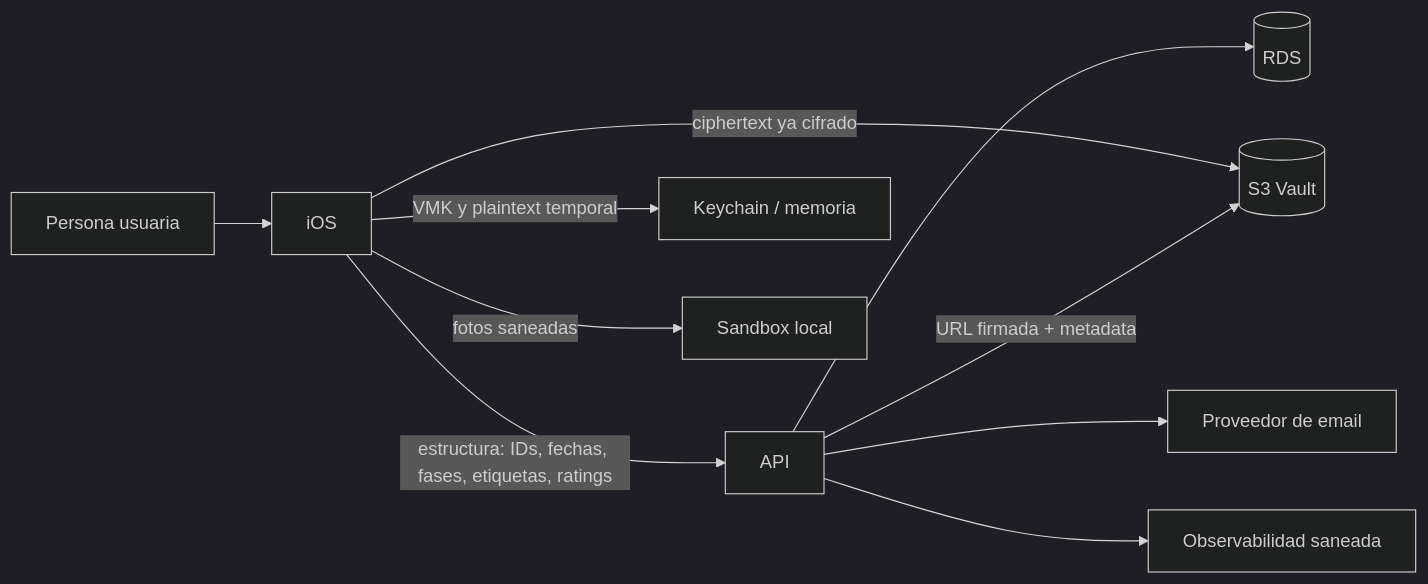
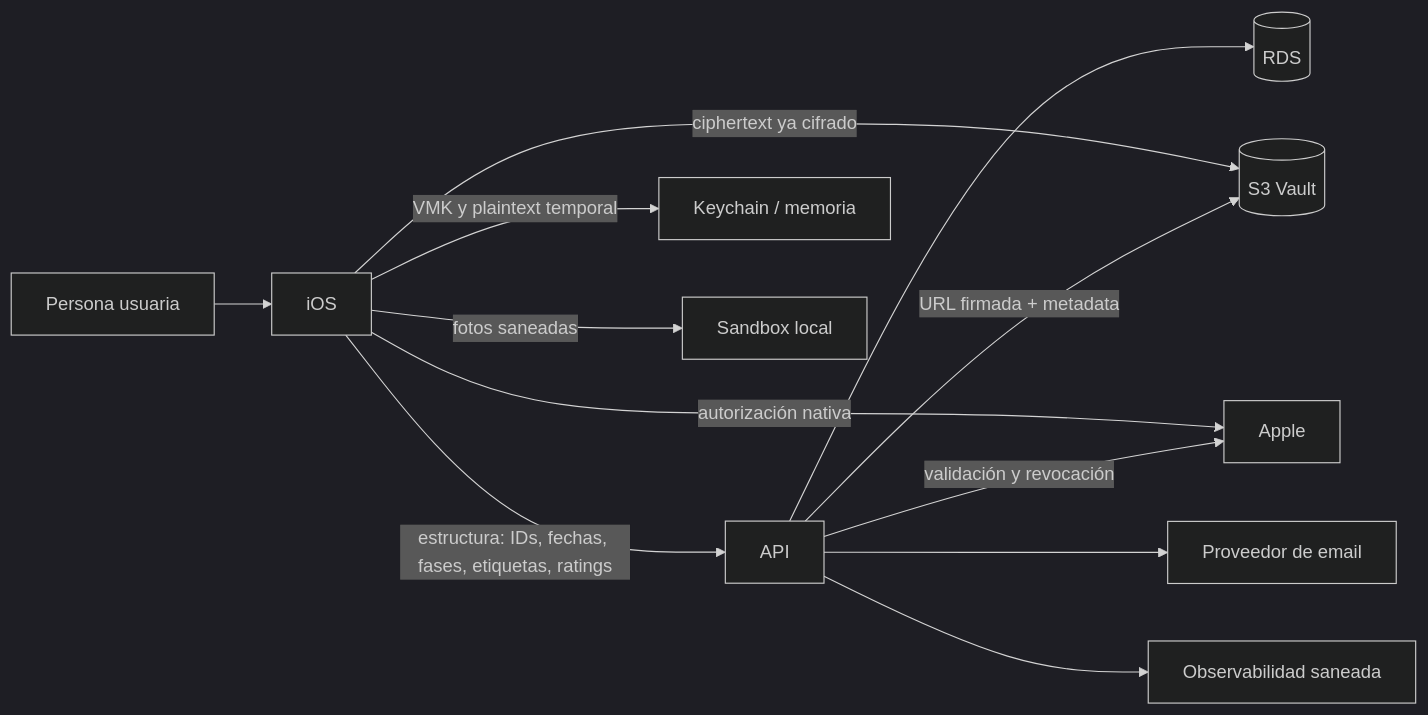
Before and after one commit to gttos/mdl-project: the diagram in docs/product/business-blueprint.md, drawn with Mermaid (dark theme). The commit also changed other lines of this file and 35 other files, not shown here.

````diff
--- a/docs/product/business-blueprint.md
+++ b/docs/product/business-blueprint.md
@@ -536,12 +529,14 @@
 ```mermaid
 flowchart LR
     U[Persona usuaria] --> I[iOS]
     I -->|estructura: IDs, fechas, fases, etiquetas, ratings| A[API]
     A --> R[(RDS)]
     I -->|ciphertext ya cifrado| S[(S3 Vault)]
     A -->|URL firmada + metadata| S
     I -->|VMK y plaintext temporal| K[Keychain / memoria]
     I -->|fotos saneadas| P[Sandbox local]
+    I -->|autorización nativa| AP[Apple]
+    A -->|validación y revocación| AP
     A --> E[Proveedor de email]
     A --> O[Observabilidad saneada]
 ```
````
